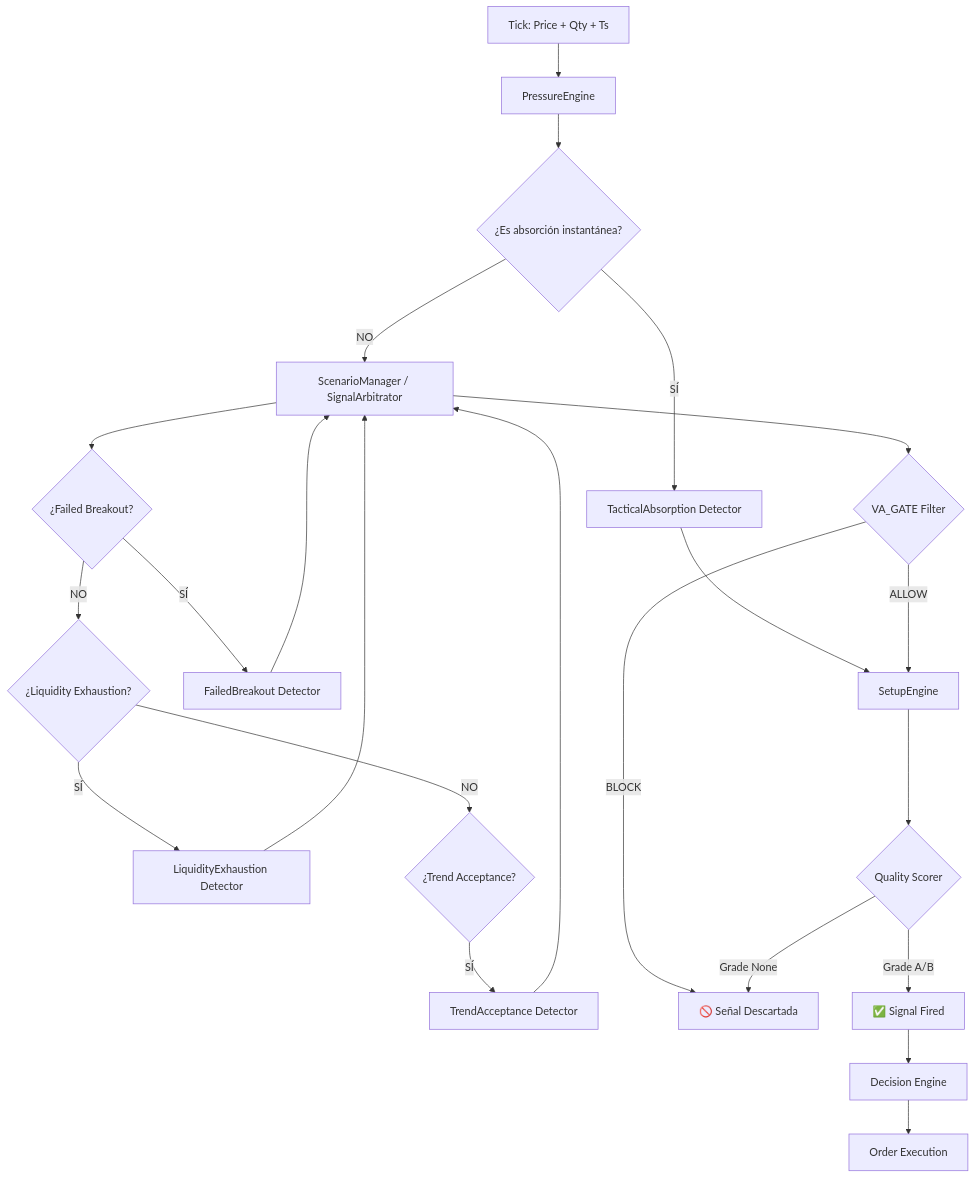
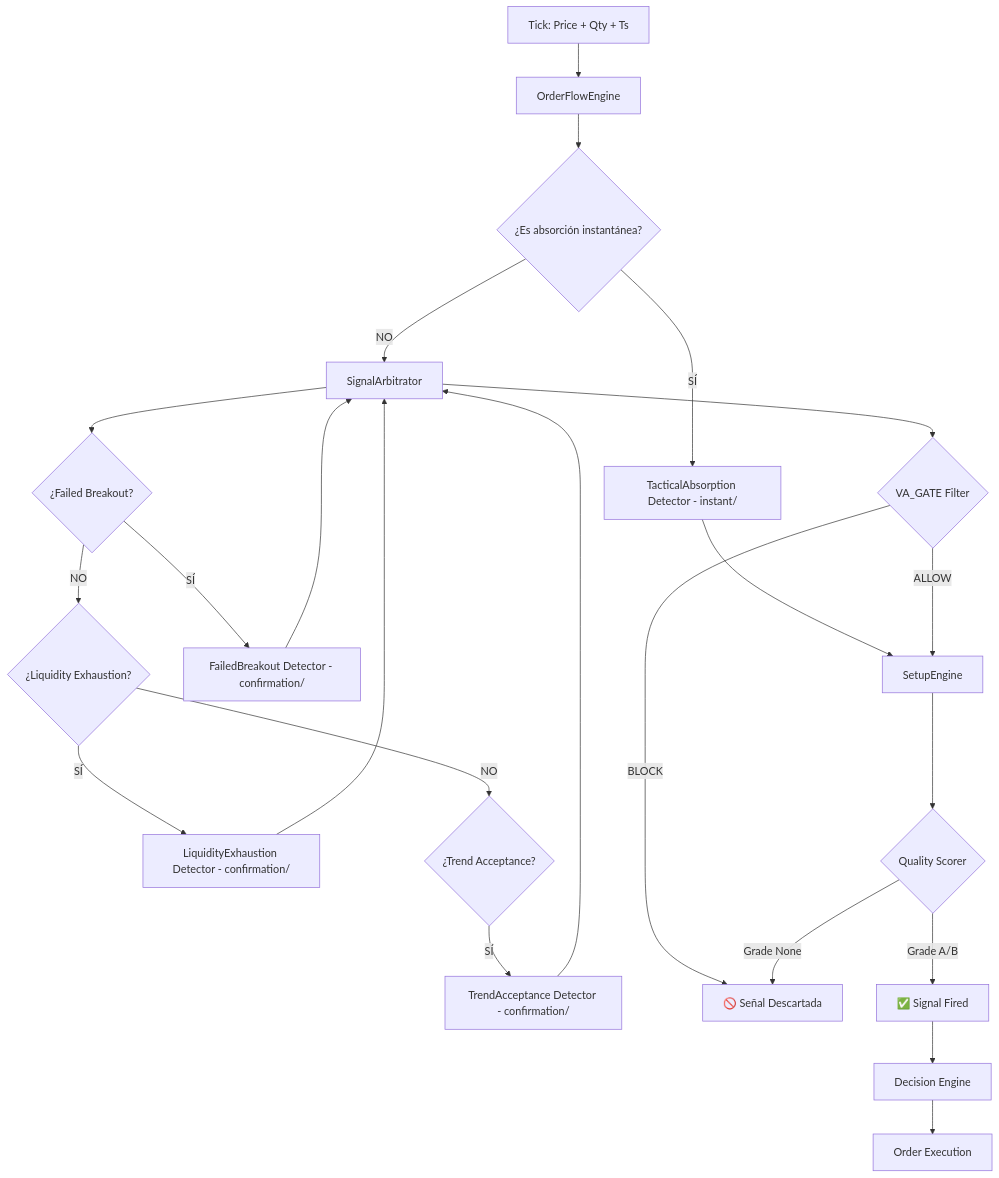
One commit to chesterbelle/Casino-V3 changed the diagram in docs/ARCHITECTURE_MAP.md. Above: the diagram before and after it, drawn with Mermaid. The commit also changed other lines of this file and 7 other files, not shown here.

````diff
--- a/docs/ARCHITECTURE_MAP.md
+++ b/docs/ARCHITECTURE_MAP.md
@@ -10,30 +12,30 @@
 ```mermaid
 graph TD
-    A[Tick: Price + Qty + Ts] --> B[PressureEngine]
+    A[Tick: Price + Qty + Ts] --> B[OrderFlowEngine]
     B --> C{¿Es absorción instantánea?}
-    C -->|SÍ| D[TacticalAbsorption Detector]
-    C -->|NO| E[ScenarioManager / SignalArbitrator]
+    C -->|SÍ | D[TacticalAbsorption Detector - instant/]
+    C -->|NO| E[SignalArbitrator]
 
     D --> F[SetupEngine]
     E --> G{¿Failed Breakout?}
-    G -->|SÍ| H[FailedBreakout Detector]
+    G -->|SÍ | H[FailedBreakout Detector - confirmation/]
     G -->|NO| I{¿Liquidity Exhaustion?}
-    I -->|SÍ| J[LiquidityExhaustion Detector]
+    I -->|SÍ | J[LiquidityExhaustion Detector - confirmation/]
     I -->|NO| K{¿Trend Acceptance?}
-    K -->|SÍ| L[TrendAcceptance Detector]
+    K -->|SÍ | L[TrendAcceptance Detector - confirmation/]
 
     H --> E
     J --> E
     L --> E
 
     E --> M{VA_GATE Filter}
     M -->|ALLOW| F
     M -->|BLOCK| N[🚫 Señal Descartada]
 
     F --> O{Quality Scorer}
     O -->|Grade A/B| P[✅ Signal Fired]
     O -->|Grade None| N
 
     P --> Q[Decision Engine]
     Q --> R[Order Execution]
 ```
````
